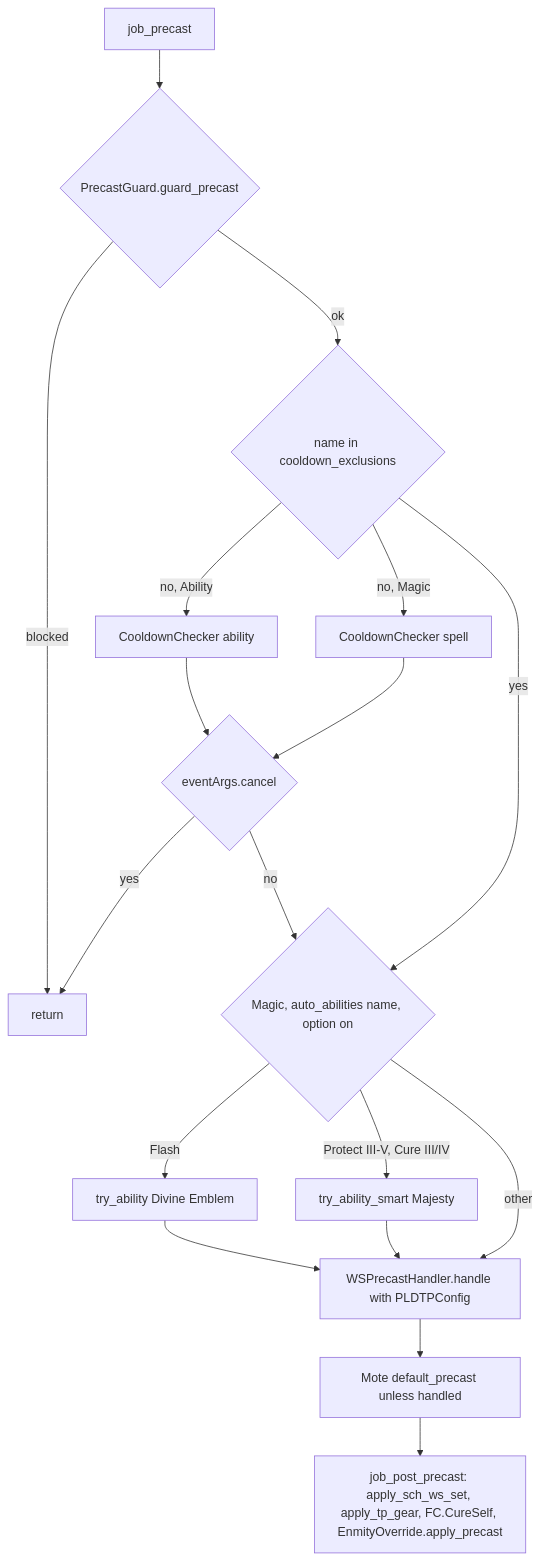
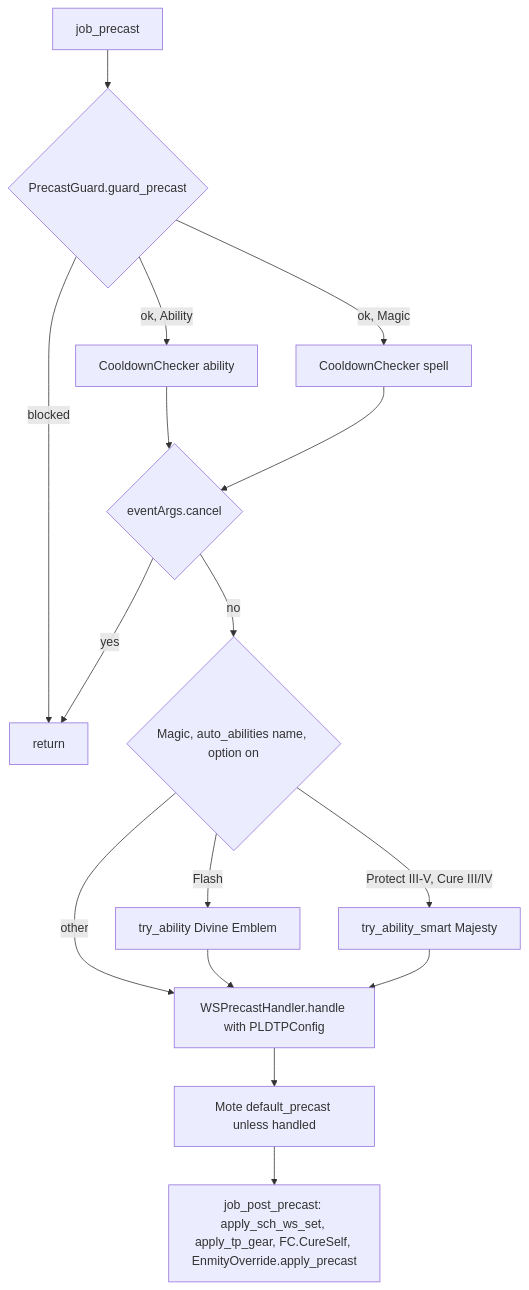
One commit to ejouanchicot/Gearswap changed the second of 5 diagrams in docs/dev/jobs/pld.md. Above: the diagram before and after it, drawn with Mermaid. The commit also changed other lines of this file and 29 other files, not shown here.

````diff
--- a/docs/dev/jobs/pld.md
+++ b/docs/dev/jobs/pld.md
@@ -167,20 +167,18 @@
 ```mermaid
 flowchart TD
     A[job_precast] --> B{PrecastGuard.guard_precast}
     B -- blocked --> Z[return]
-    B -- ok --> C{name in cooldown_exclusions}
-    C -- no, Ability --> D[CooldownChecker ability]
-    C -- no, Magic --> E[CooldownChecker spell]
-    C -- yes --> F
+    B -- ok, Ability --> D[CooldownChecker ability]
+    B -- ok, Magic --> E[CooldownChecker spell]
     D --> G{eventArgs.cancel}
     E --> G
     G -- yes --> Z
     G -- no --> F{Magic, auto_abilities name, option on}
     F -- Flash --> H[try_ability Divine Emblem]
     F -- Protect III-V, Cure III/IV --> I[try_ability_smart Majesty]
     F -- other --> J
     H --> J[WSPrecastHandler.handle with PLDTPConfig]
     I --> J
     J --> L[Mote default_precast unless handled]
     L --> M[job_post_precast: apply_sch_ws_set, apply_tp_gear, FC.CureSelf, EnmityOverride.apply_precast]
 ```
````
